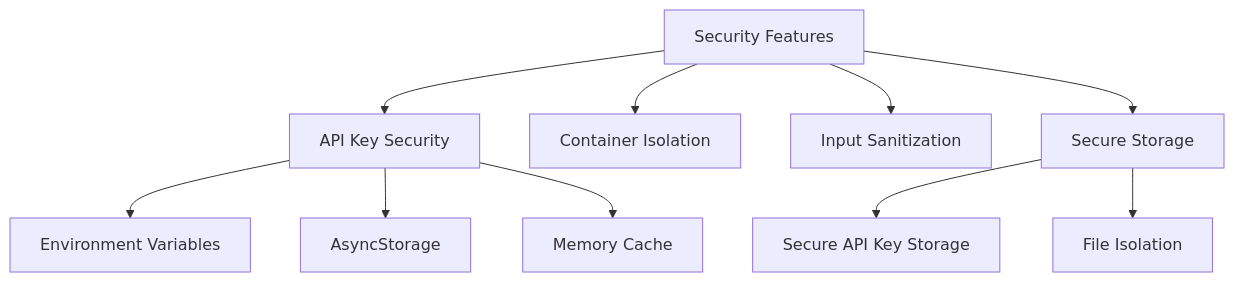
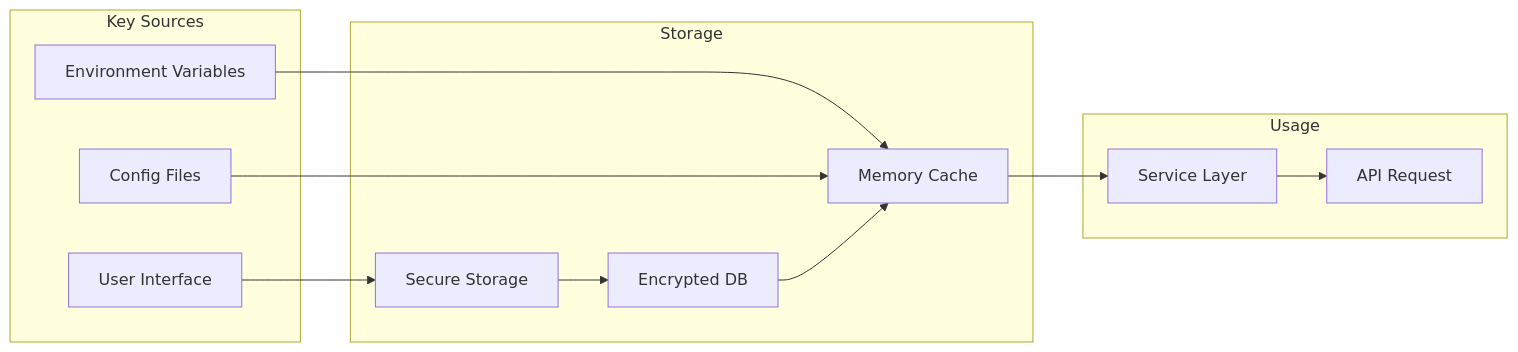
Diagram 17 of 24 in docs/ARCHITECTURE.md (radicalkjax/Athena), drawn with Mermaid before and after one commit. The commit also changed other lines of this file and 94 other files, not shown here.

````diff
--- a/docs/ARCHITECTURE.md
+++ b/docs/ARCHITECTURE.md
@@ -650,14 +651,29 @@
 ```mermaid
-flowchart TD
-    A[Security Features] --> B[API Key Security]
-    A --> C[Container Isolation]
-    A --> D[Input Sanitization]
-    A --> E[Secure Storage]
+graph LR
+    subgraph "Key Sources"
+        Env[Environment Variables]
+        Config[Config Files]
+        UI[User Interface]
+    end
     
-    B --> B1[Environment Variables]
-    B --> B2[AsyncStorage]
-    B --> B3[Memory Cache]
+    subgraph "Storage"
+        Memory[Memory Cache]
+        Secure[Secure Storage]
+        Encrypted[Encrypted DB]
+    end
     
-    E --> E1[Secure API Key Storage]
-    E --> E2[File Isolation]
+    subgraph "Usage"
+        Service[Service Layer]
+        Request[API Request]
+    end
+    
+    Env --> Memory
+    Config --> Memory
+    UI --> Secure
+    
+    Secure --> Encrypted
+    Memory --> Service
+    Encrypted --> Memory
+    
+    Service --> Request
 ```
````
